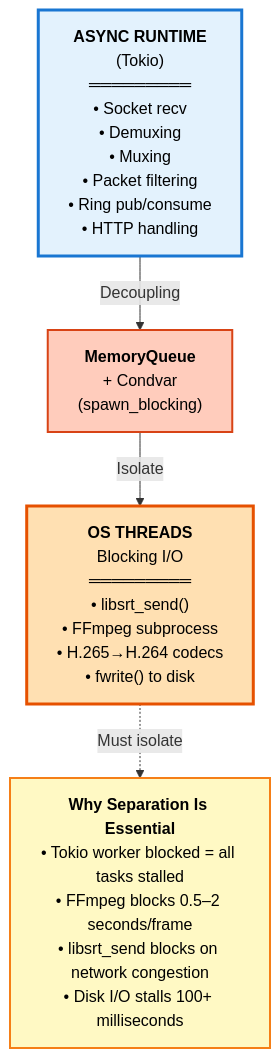
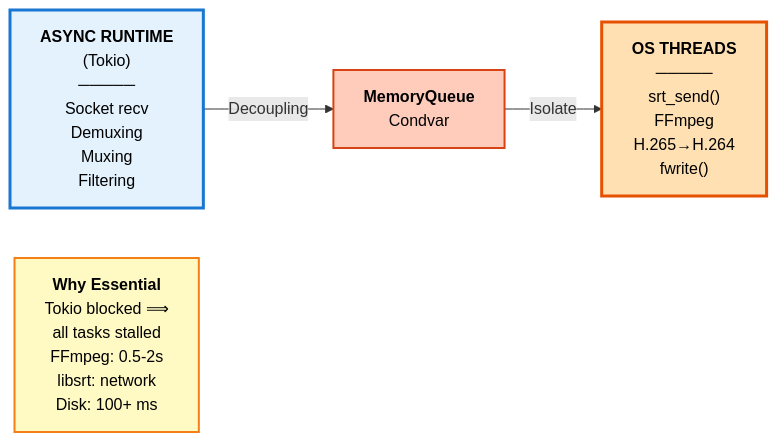
The fourth of 24 diagrams in docs/run-to-completion-analysis.md (live-miracles/restream), drawn with Mermaid before and after one commit. The commit also changed other lines of this file, not shown here.

First line of the commit message:
Restructure diagrams to use horizontal layout for vertical space efficiency

````diff
--- a/docs/run-to-completion-analysis.md
+++ b/docs/run-to-completion-analysis.md
@@ -202,20 +173,18 @@
 ```mermaid
-graph TD
-    Tokio["<b>ASYNC RUNTIME</b><br/>(Tokio)<br/>═════════<br/>• Socket recv<br/>• Demuxing<br/>• Muxing<br/>• Packet filtering<br/>• Ring pub/consume<br/>• HTTP handling"]
+graph LR
+    Tokio["<b>ASYNC RUNTIME</b><br/>(Tokio)<br/>─────<br/>Socket recv<br/>Demuxing<br/>Muxing<br/>Filtering"]
     
-    Boundary["<b>MemoryQueue</b><br/>+ Condvar<br/>(spawn_blocking)"]
+    Boundary["<b>MemoryQueue</b><br/>Condvar"]
     
-    Threads["<b>OS THREADS</b><br/>Blocking I/O<br/>═════════<br/>• libsrt_send()<br/>• FFmpeg subprocess<br/>• H.265→H.264 codecs<br/>• fwrite() to disk"]
+    Threads["<b>OS THREADS</b><br/>─────<br/>srt_send()<br/>FFmpeg<br/>H.265→H.264<br/>fwrite()"]
     
     Tokio -->|Decoupling| Boundary
     Boundary -->|Isolate| Threads
     
-    Why["<b>Why Separation Is Essential</b><br/>• Tokio worker blocked = all tasks stalled<br/>• FFmpeg blocks 0.5–2 seconds/frame<br/>• libsrt_send blocks on network congestion<br/>• Disk I/O stalls 100+ milliseconds"]
-    
-    Threads -.->|Must isolate| Why
+    Why["<b>Why Essential</b><br/>Tokio blocked ⟹<br/>all tasks stalled<br/>FFmpeg: 0.5-2s<br/>libsrt: network<br/>Disk: 100+ ms"]
     
     style Tokio fill:#e3f2fd,stroke:#1976d2,stroke-width:3px,color:#000
     style Boundary fill:#ffccbc,stroke:#d84315,stroke-width:2px,color:#000
     style Threads fill:#ffe0b2,stroke:#e65100,stroke-width:3px,color:#000
     style Why fill:#fff9c4,stroke:#f57f17,stroke-width:2px,color:#000
 ```
````
